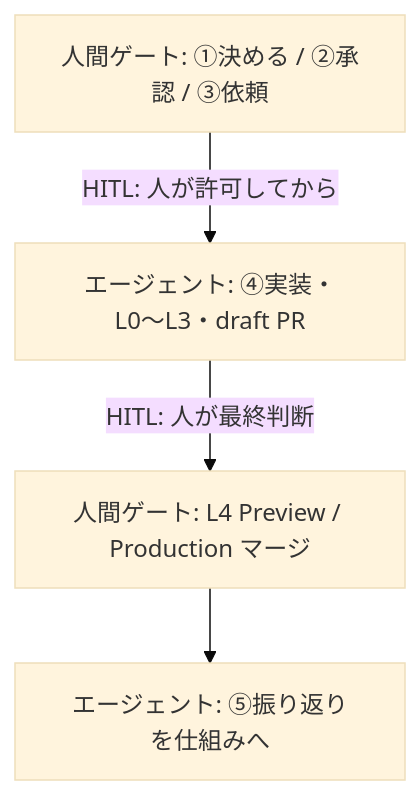
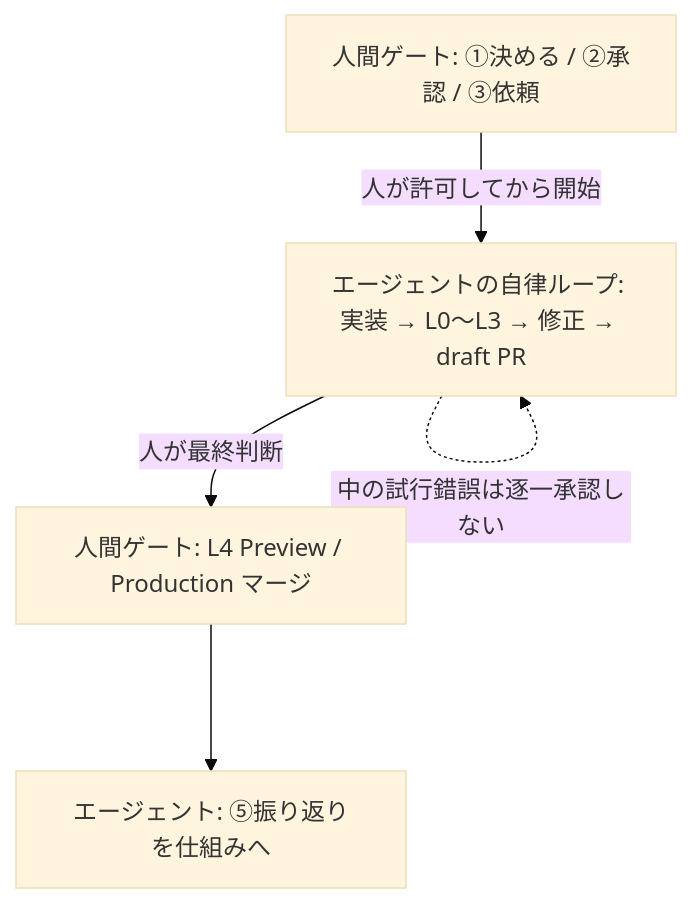
One commit to ike-gagagami97/my-recipe changed the second of 3 diagrams in docs/development/ai-dev-process-for-qa.md. Above: the diagram before and after it, drawn with Mermaid (base theme). The commit also changed other lines of this file and 1 other file, not shown here.

````diff
--- a/docs/development/ai-dev-process-for-qa.md
+++ b/docs/development/ai-dev-process-for-qa.md
@@ -96,10 +112,11 @@
 ```mermaid
 flowchart TD
   H1[人間ゲート: ①決める / ②承認 / ③依頼]
-  A1[エージェント: ④実装・L0〜L3・draft PR]
+  A1[エージェントの自律ループ: 実装 → L0〜L3 → 修正 → draft PR]
   H2[人間ゲート: L4 Preview / Production マージ]
   A2[エージェント: ⑤振り返りを仕組みへ]
-  H1 -->|HITL: 人が許可してから| A1
-  A1 -->|HITL: 人が最終判断| H2
+  H1 -->|人が許可してから開始| A1
+  A1 -->|人が最終判断| H2
   H2 --> A2
+  A1 -.->|中の試行錯誤は逐一承認しない| A1
 ```
````
